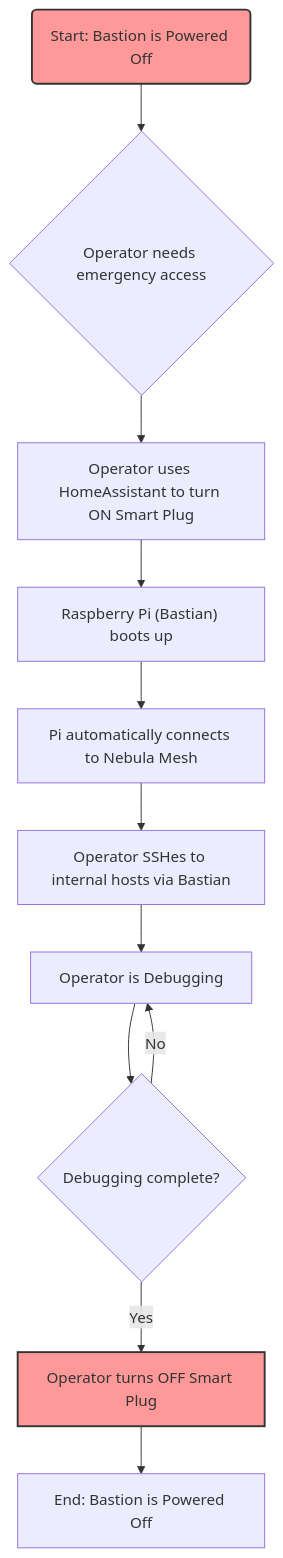
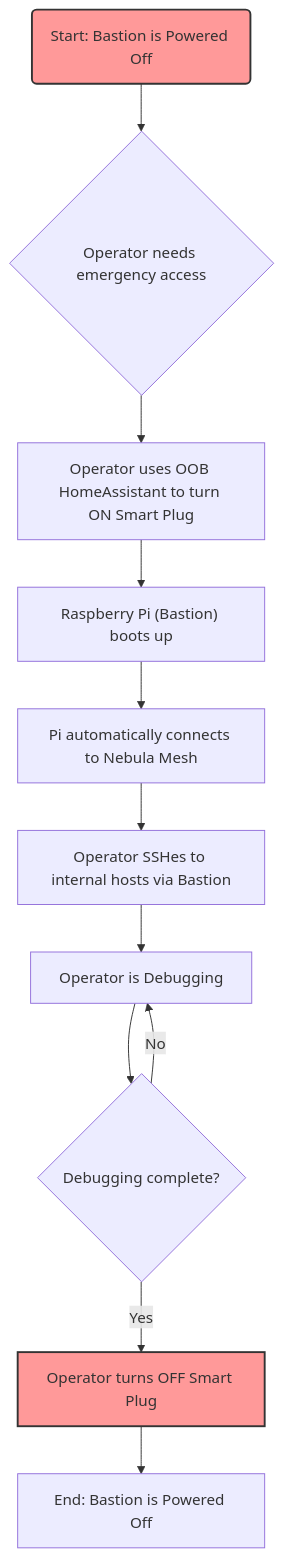
Before and after one commit to a4abhishek/project-brahmanda: the second of 3 diagrams in vaastu/manthana/RFC-011-Brahmaloka-Orchestration-Plane-Strategy.md, drawn with Mermaid. The commit also changed other lines of this file and 11 other files, not shown here.

````diff
--- a/vaastu/manthana/RFC-011-Brahmaloka-Orchestration-Plane-Strategy.md
+++ b/vaastu/manthana/RFC-011-Brahmaloka-Orchestration-Plane-Strategy.md
@@ -84,16 +90,16 @@
   ```mermaid
   graph TD
       A(Start: Bastion is Powered Off) --> B{"Operator needs emergency access"};
-      B --> C["Operator uses HomeAssistant to turn ON Smart Plug"];
-      C --> D["Raspberry Pi (Bastian) boots up"];
+      B --> C["Operator uses OOB HomeAssistant to turn ON Smart Plug"];
+      C --> D["Raspberry Pi (Bastion) boots up"];
       D --> E["Pi automatically connects to Nebula Mesh"];
-      E --> F["Operator SSHes to internal hosts via Bastian"];
+      E --> F["Operator SSHes to internal hosts via Bastion"];
       F --> G["Operator is Debugging"];
       G --> H{"Debugging complete?"};
       H -- Yes --> I["Operator turns OFF Smart Plug"];
       I --> J[End: Bastion is Powered Off];
       H -- No --> G;
 
       style A fill:#f99,stroke:#333,stroke-width:2px;
       style I fill:#f99,stroke:#333,stroke-width:2px;
   ```
````
